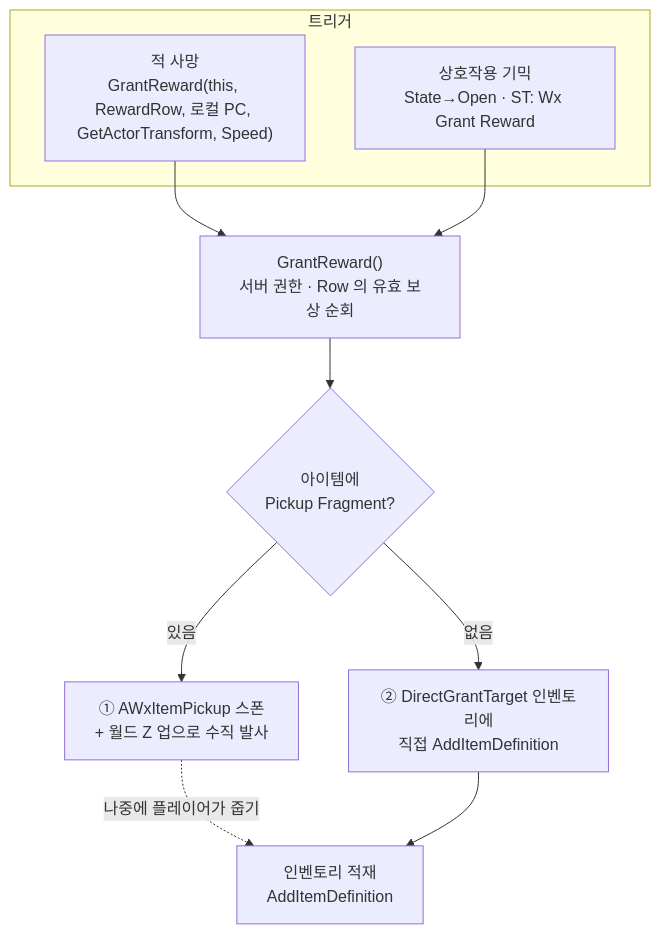
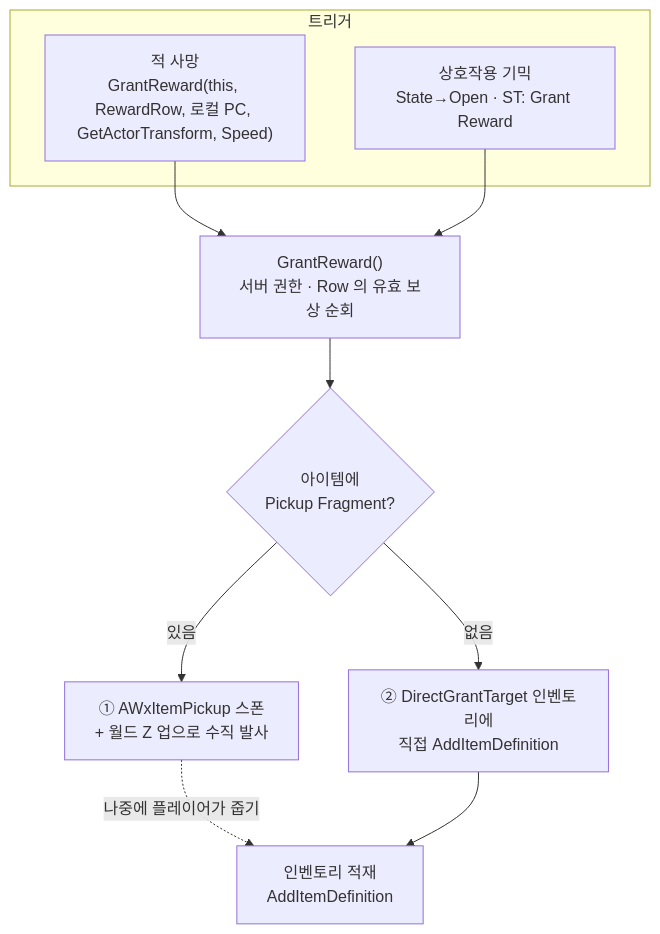
Before and after one commit to Woogl/ProjectWx: the first of 3 diagrams in Docs/Programmer/Reward_Grant_Flow.md, drawn with Mermaid. The commit also changed other lines of this file and 5 other files, not shown here.

````diff
--- a/Docs/Programmer/Reward_Grant_Flow.md
+++ b/Docs/Programmer/Reward_Grant_Flow.md
@@ -21,19 +21,19 @@
 ```mermaid
 flowchart TD
     subgraph 트리거
         Death["적 사망<br/>GrantReward(this, RewardRow, 로컬 PC, GetActorTransform, Speed)"]
-        Interact["상호작용 기믹<br/>State→Open · ST: Wx Grant Reward"]
+        Interact["상호작용 기믹<br/>State→Open · ST: Grant Reward"]
     end
 
     Death --> Grant
     Interact --> Grant
 
     Grant["GrantReward()<br/>서버 권한 · Row 의 유효 보상 순회"]
     Grant --> Q{"아이템에<br/>Pickup Fragment?"}
 
     Q -- 있음 --> Spawn["① AWxItemPickup 스폰<br/>+ 월드 Z 업으로 수직 발사"]
     Q -- 없음 --> Direct["② DirectGrantTarget 인벤토리에<br/>직접 AddItemDefinition"]
 
     Spawn -. 나중에 플레이어가 줍기 .-> Add
     Direct --> Add["인벤토리 적재<br/>AddItemDefinition"]
 ```
````
